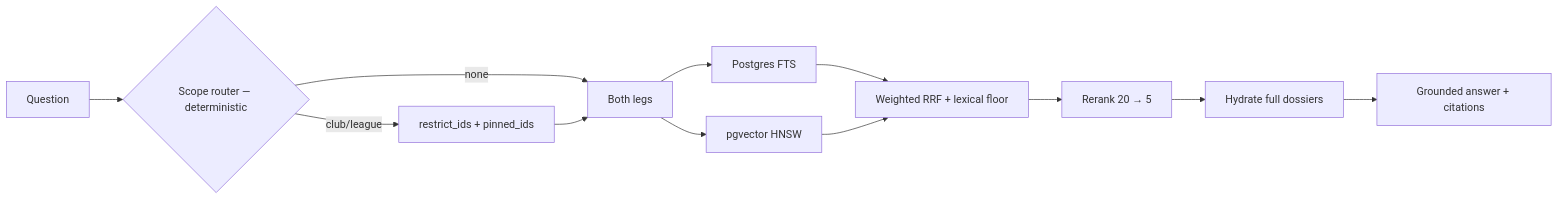
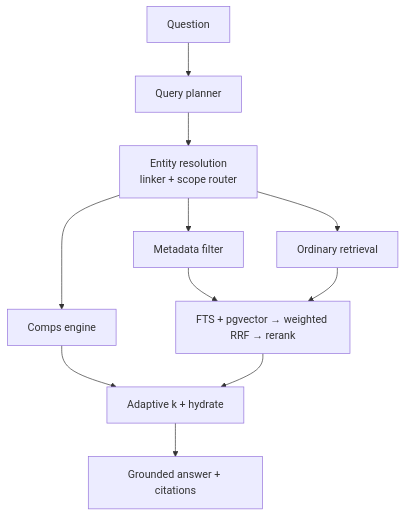
Before and after one commit to shigenogoro/PuckAI-Engineering: the second of 2 diagrams in docs/architecture/README.md, drawn with Mermaid. The commit also changed other lines of this file and 3 other files, not shown here.

````diff
--- a/docs/architecture/README.md
+++ b/docs/architecture/README.md
@@ -128,14 +130,13 @@
 ```mermaid
-flowchart LR
-  Q["Question"] --> SR{"Scope router — deterministic"}
-  SR -->|club/league| RID["restrict_ids + pinned_ids"]
-  SR -->|none| BOTH["Both legs"]
-  RID --> BOTH
-  BOTH --> FTS["Postgres FTS"]
-  BOTH --> VEC["pgvector HNSW"]
-  FTS --> RRF["Weighted RRF + lexical floor"]
-  VEC --> RRF
-  RRF --> RR["Rerank 20 → 5"]
-  RR --> HY["Hydrate full dossiers"]
-  HY --> GEN["Grounded answer + citations"]
+flowchart TB
+  Q["Question"] --> P["Query planner"]
+  P --> ER["Entity resolution<br/>linker + scope router"]
+  ER --> C["Comps engine"]
+  ER --> M["Metadata filter"]
+  ER --> O["Ordinary retrieval"]
+  M --> H["FTS + pgvector → weighted RRF → rerank"]
+  O --> H
+  C --> K["Adaptive k + hydrate"]
+  H --> K
+  K --> GEN["Grounded answer + citations"]
 ```
````
